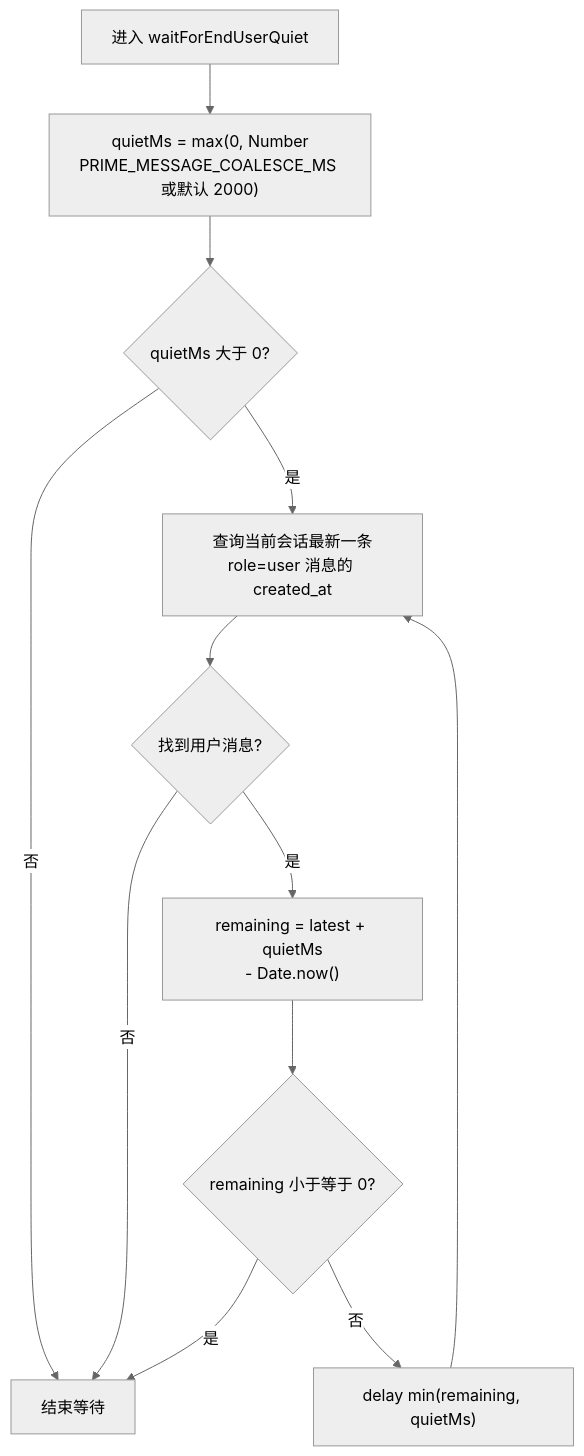
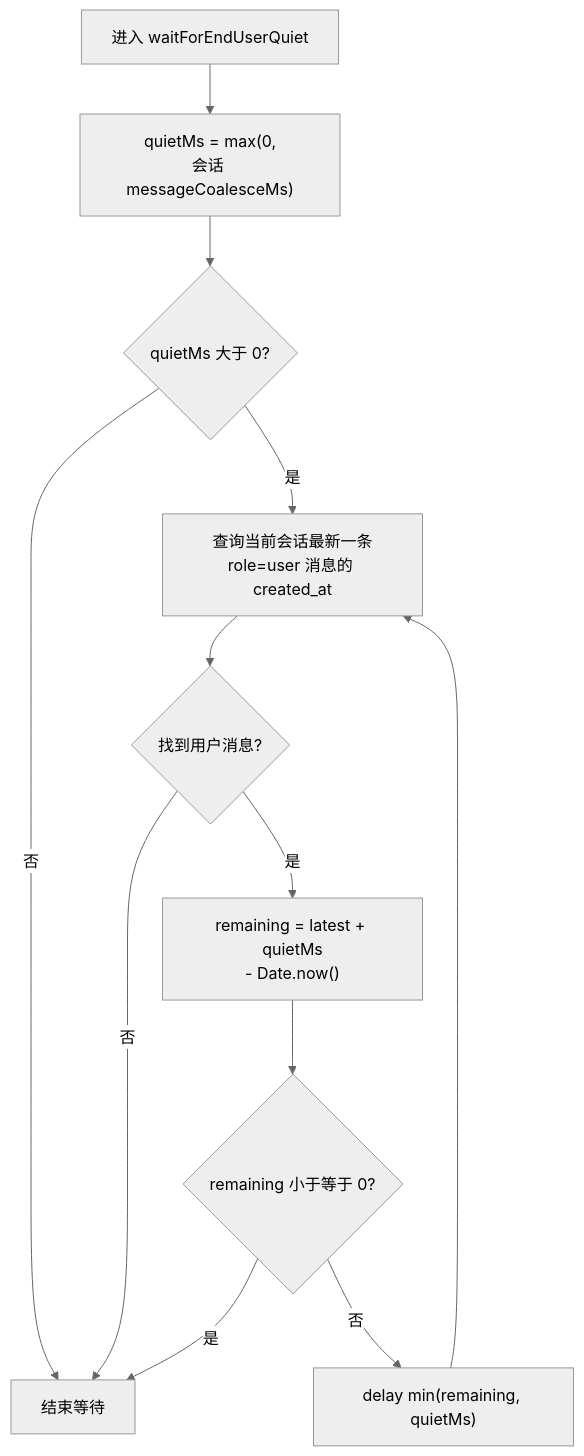
One commit to daife/echoo changed the second of 3 diagrams in docs/prime-figure-runtime.md. Above: the diagram before and after it, drawn with Mermaid (neutral theme). The commit also changed other lines of this file and 35 other files, not shown here.

````diff
--- a/docs/prime-figure-runtime.md
+++ b/docs/prime-figure-runtime.md
@@ -60,14 +62,14 @@
 ```mermaid
 flowchart TD
-  A["进入 waitForEndUserQuiet"] --> B["quietMs = max(0, Number<br/>PRIME_MESSAGE_COALESCE_MS 或默认 2000)"]
+  A["进入 waitForEndUserQuiet"] --> B["quietMs = max(0,<br/>会话 messageCoalesceMs)"]
   B --> C{"quietMs 大于 0?"}
   C -- 否 --> Z["结束等待"]
   C -- 是 --> D["查询当前会话最新一条<br/>role=user 消息的 created_at"]
   D --> E{"找到用户消息?"}
   E -- 否 --> Z
   E -- 是 --> F["remaining = latest + quietMs<br/>- Date.now()"]
   F --> G{"remaining 小于等于 0?"}
   G -- 是 --> Z
   G -- 否 --> H["delay min(remaining, quietMs)"]
   H --> D
 ```
````
